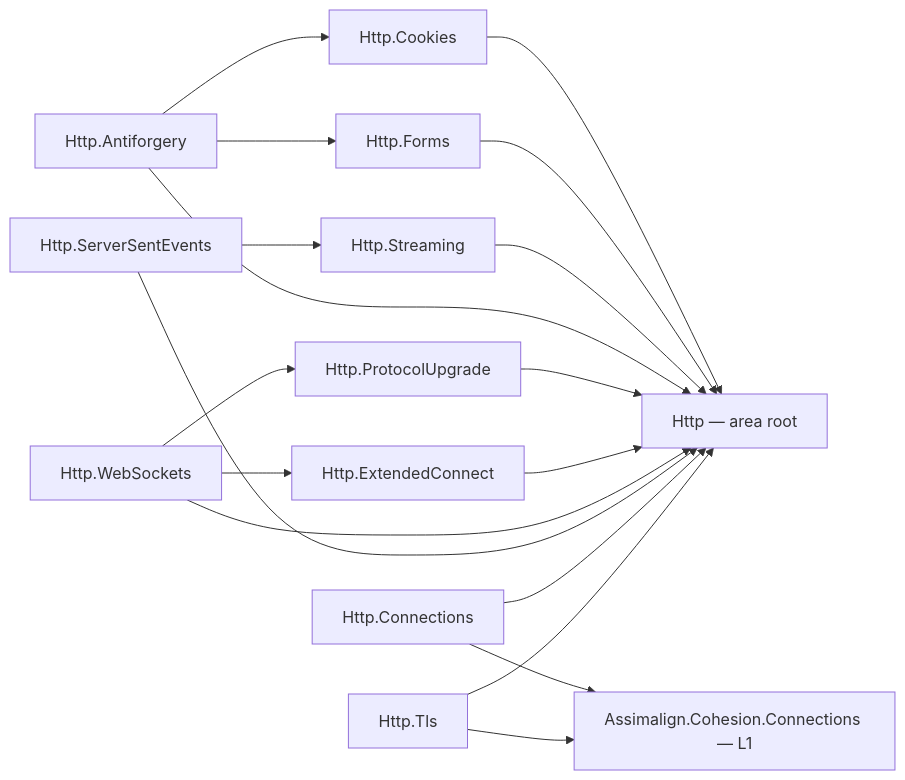
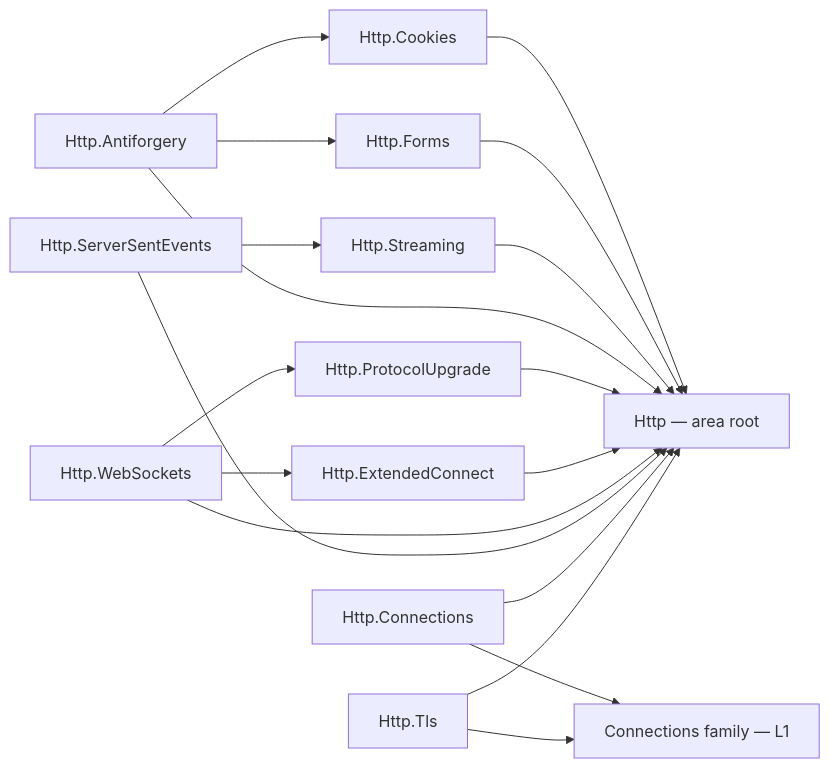
The diagram in libraries/Http/README.md (assimalign/cohesion), drawn with Mermaid before and after one commit. The commit also changed other lines of this file and 92 other files, not shown here.

````diff
--- a/libraries/Http/README.md
+++ b/libraries/Http/README.md
@@ -14,32 +14,32 @@
 ```mermaid
 flowchart LR
     Root["Http — area root"]
-    Conn["Assimalign.Cohesion.Connections — L1"]
+    Conn["Connections family — L1"]
     Cookies["Http.Cookies"]
     Forms["Http.Forms"]
     Antiforgery["Http.Antiforgery"]
     Upgrade["Http.ProtocolUpgrade"]
     Ext["Http.ExtendedConnect"]
     WebSockets["Http.WebSockets"]
     Streaming["Http.Streaming"]
     Sse["Http.ServerSentEvents"]
     HttpConn["Http.Connections"]
     Tls["Http.Tls"]
     Cookies --> Root
     Forms --> Root
     Streaming --> Root
     Antiforgery --> Root
     Antiforgery --> Cookies
     Antiforgery --> Forms
     Upgrade --> Root
     Ext --> Root
     WebSockets --> Root
     WebSockets --> Upgrade
     WebSockets --> Ext
     Sse --> Root
     Sse --> Streaming
     HttpConn --> Root
     HttpConn --> Conn
     Tls --> Root
     Tls --> Conn
 ```
````
